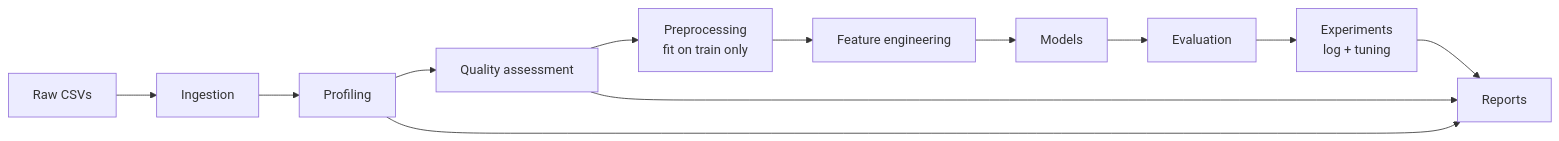
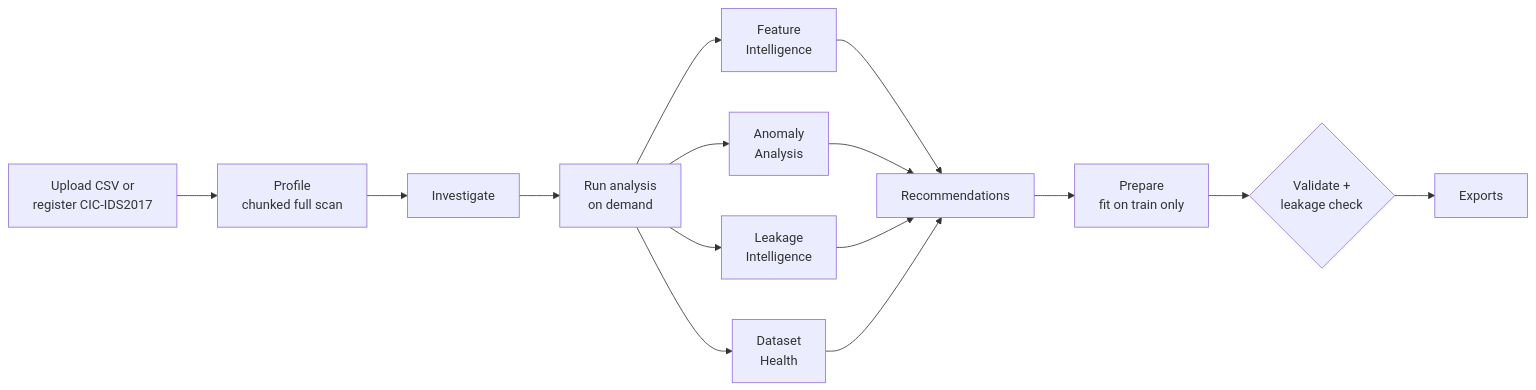
The first of 2 diagrams in README.md (shalakaparpattedar21/dataLens), drawn with Mermaid before and after one commit. The commit also changed other lines of this file and 15 other files, not shown here.

````diff
--- a/README.md
+++ b/README.md
@@ -25,14 +65,14 @@
 ```mermaid
 flowchart LR
-    A[Raw CSVs] --> B[Ingestion]
-    B --> C[Profiling]
-    C --> D[Quality assessment]
-    D --> E[Preprocessing<br/>fit on train only]
-    E --> F[Feature engineering]
-    F --> G[Models]
-    G --> H[Evaluation]
-    H --> I[Experiments<br/>log + tuning]
-    I --> J[Reports]
-    C --> J
-    D --> J
+    A[Upload CSV or<br/>register CIC-IDS2017] --> B[Profile<br/>chunked full scan]
+    B --> C[Investigate]
+    C --> D[Run analysis<br/>on demand]
+    D --> D1[Feature<br/>Intelligence]
+    D --> D2[Anomaly<br/>Analysis]
+    D --> D3[Leakage<br/>Intelligence]
+    D --> D4[Dataset<br/>Health]
+    D1 & D2 & D3 & D4 --> E[Recommendations]
+    E --> F[Prepare<br/>fit on train only]
+    F --> G{Validate +<br/>leakage check}
+    G --> H[Exports]
 ```
````
